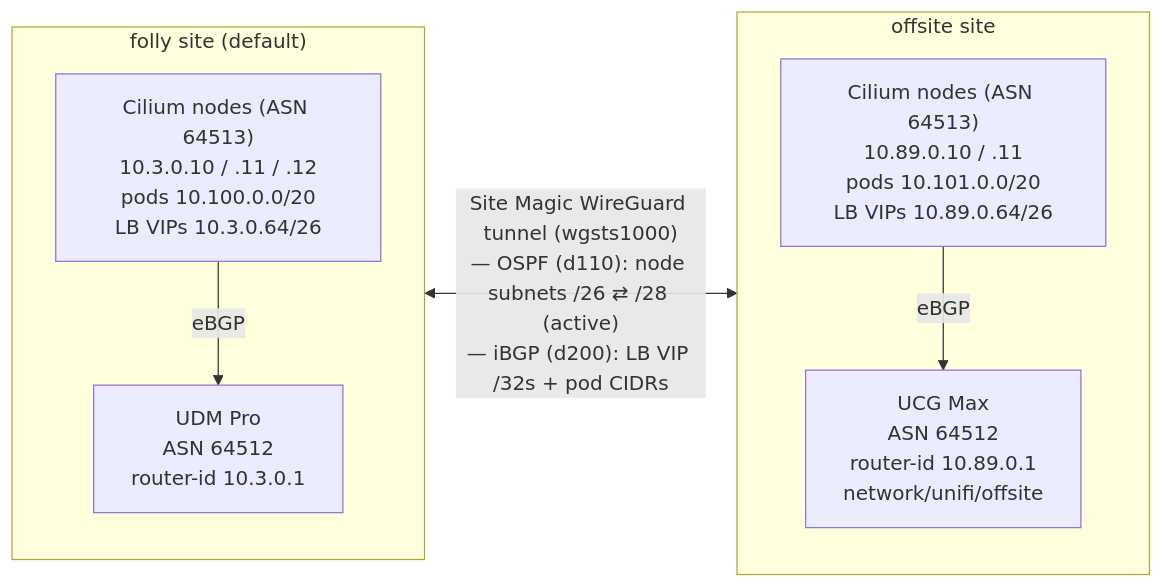
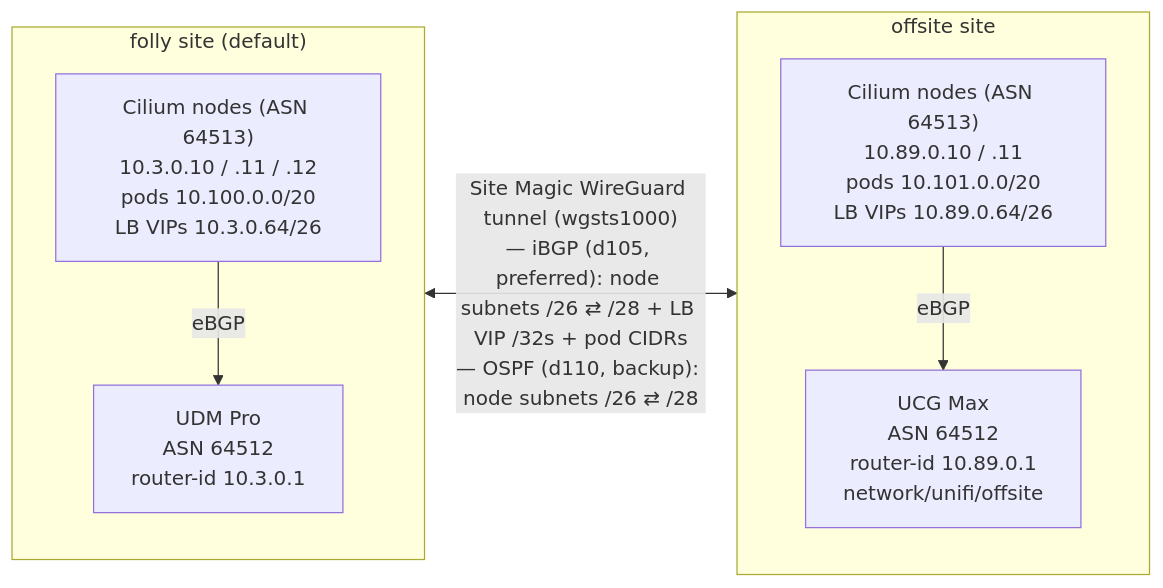
One commit to jonpulsifer/infra changed the diagram in network/unifi/folly/README.md. Above: the diagram before and after it, drawn with Mermaid. The commit also changed other lines of this file and 2 other files, not shown here.

First line of the commit message:
unifi: prefer iBGP over OSPF for cross-site node subnets

````diff
--- a/network/unifi/folly/README.md
+++ b/network/unifi/folly/README.md
@@ -27,18 +29,18 @@
 ```mermaid
 flowchart LR
     subgraph folly["folly site (default)"]
         direction TB
         udm["UDM Pro<br/>ASN 64512<br/>router-id 10.3.0.1"]
         fnodes["Cilium nodes (ASN 64513)<br/>10.3.0.10 / .11 / .12<br/>pods 10.100.0.0/20<br/>LB VIPs 10.3.0.64/26"]
         fnodes -->|eBGP| udm
     end
 
     subgraph offsite["offsite site"]
         direction TB
         ucg["UCG Max<br/>ASN 64512<br/>router-id 10.89.0.1<br/>network/unifi/offsite"]
         onodes["Cilium nodes (ASN 64513)<br/>10.89.0.10 / .11<br/>pods 10.101.0.0/20<br/>LB VIPs 10.89.0.64/26"]
         onodes -->|eBGP| ucg
     end
 
-    udm <-->|"Site Magic WireGuard tunnel (wgsts1000)<br/>— OSPF (d110): node subnets /26 ⇄ /28 (active)<br/>— iBGP (d200): LB VIP /32s + pod CIDRs"| ucg
+    udm <-->|"Site Magic WireGuard tunnel (wgsts1000)<br/>— iBGP (d105, preferred): node subnets /26 ⇄ /28 + LB VIP /32s + pod CIDRs<br/>— OSPF (d110, backup): node subnets /26 ⇄ /28"| ucg
 ```
````
